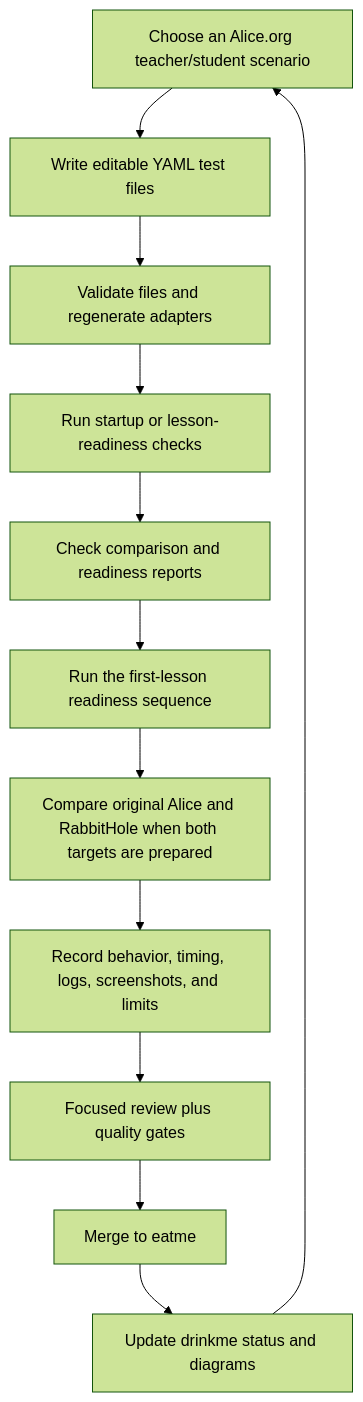
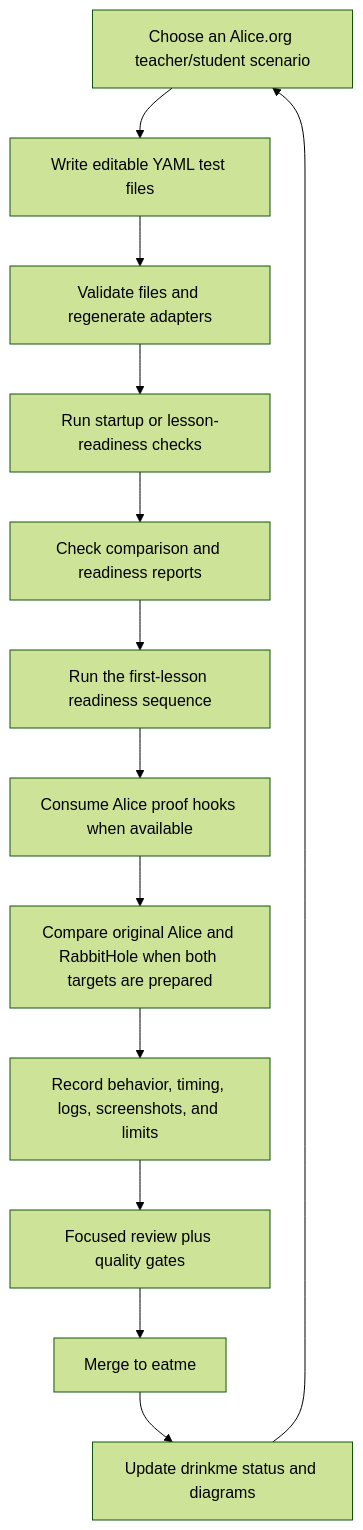
The sixth of 6 diagrams in README.md (rysweet/drinkme), drawn with Mermaid (forest theme) before and after one commit. The commit also changed other lines of this file and 2 other files, not shown here.

````diff
--- a/README.md
+++ b/README.md
@@ -131,14 +132,15 @@
 ```mermaid
 flowchart TD
   A["Choose an Alice.org teacher/student scenario"] --> Y["Write editable YAML test files"]
   Y --> G["Validate files and regenerate adapters"]
   G --> H["Run startup or lesson-readiness checks"]
   H --> L["Check comparison and readiness reports"]
   L --> Q["Run the first-lesson readiness sequence"]
-  Q --> C["Compare original Alice and RabbitHole when both targets are prepared"]
+  Q --> O["Consume Alice proof hooks when available"]
+  O --> C["Compare original Alice and RabbitHole when both targets are prepared"]
   C --> B["Record behavior, timing, logs, screenshots, and limits"]
   B --> R["Focused review plus quality gates"]
   R --> M["Merge to eatme"]
   M --> S["Update drinkme status and diagrams"]
   S --> A
 ```
````
